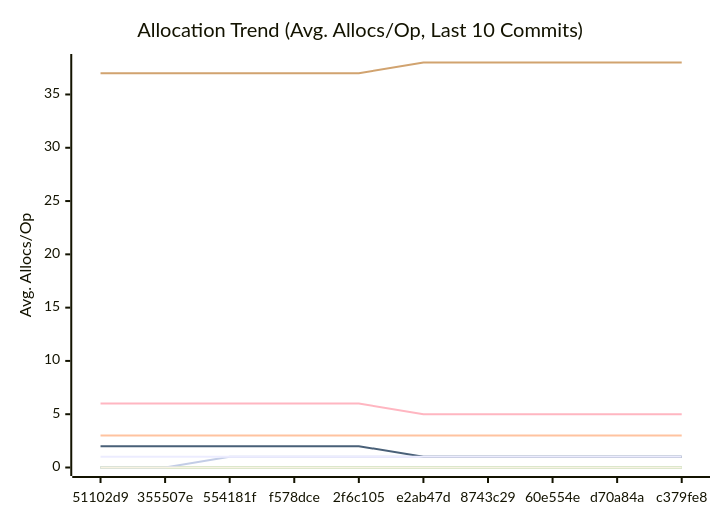
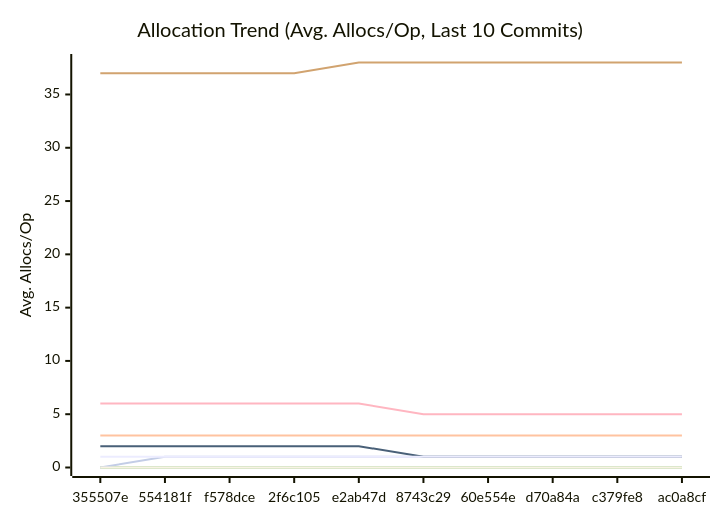
One commit to alsotoes/momo changed the third of 3 diagrams in docs/PERFORMANCE.md. Above: the diagram before and after it, drawn with Mermaid. The commit also changed other lines of this file and 3 other files, not shown here.

````diff
--- a/docs/PERFORMANCE.md
+++ b/docs/PERFORMANCE.md
@@ -176,18 +176,18 @@
 ```mermaid
 xychart-beta
     title "Allocation Trend (Avg. Allocs/Op, Last 10 Commits)"
     x-axis "Commit"
     y-axis "Avg. Allocs/Op"
-    x-axis [51102d9,355507e,554181f,f578dce,2f6c105,e2ab47d,8743c29,60e554e,d70a84a,c379fe8]
+    x-axis [355507e,554181f,f578dce,2f6c105,e2ab47d,8743c29,60e554e,d70a84a,c379fe8,ac0a8cf]
     line "CheckMetricsAndSwap" [0,0,0,0,0,0,0,0,0,0]
     line "CrushOptimized" [0,0,0,0,0,0,0,0,0,0]
     line "CrushOriginal" [3,3,3,3,3,3,3,3,3,3]
     line "IndexDirectTracking" [0,0,0,0,0,0,0,0,0,0]
     line "IndexSearch" [0,0,0,0,0,0,0,0,0,0]
-    line "LoadGlobalConfig" [37,37,37,37,37,38,38,38,38,38]
-    line "PadString" [0,0,1,1,1,1,1,1,1,1]
+    line "LoadGlobalConfig" [37,37,37,37,38,38,38,38,38,38]
+    line "PadString" [0,1,1,1,1,1,1,1,1,1]
     line "ParseReplicationOrder_NoPrealloc" [6,6,6,6,6,5,5,5,5,5]
     line "ParseReplicationOrder_Prealloc" [2,2,2,2,2,1,1,1,1,1]
     line "SanitizeLog/Safe" [0,0,0,0,0,0,0,0,0,0]
     line "SanitizeLog/Unsafe" [1,1,1,1,1,1,1,1,1,1]
 ```
````
